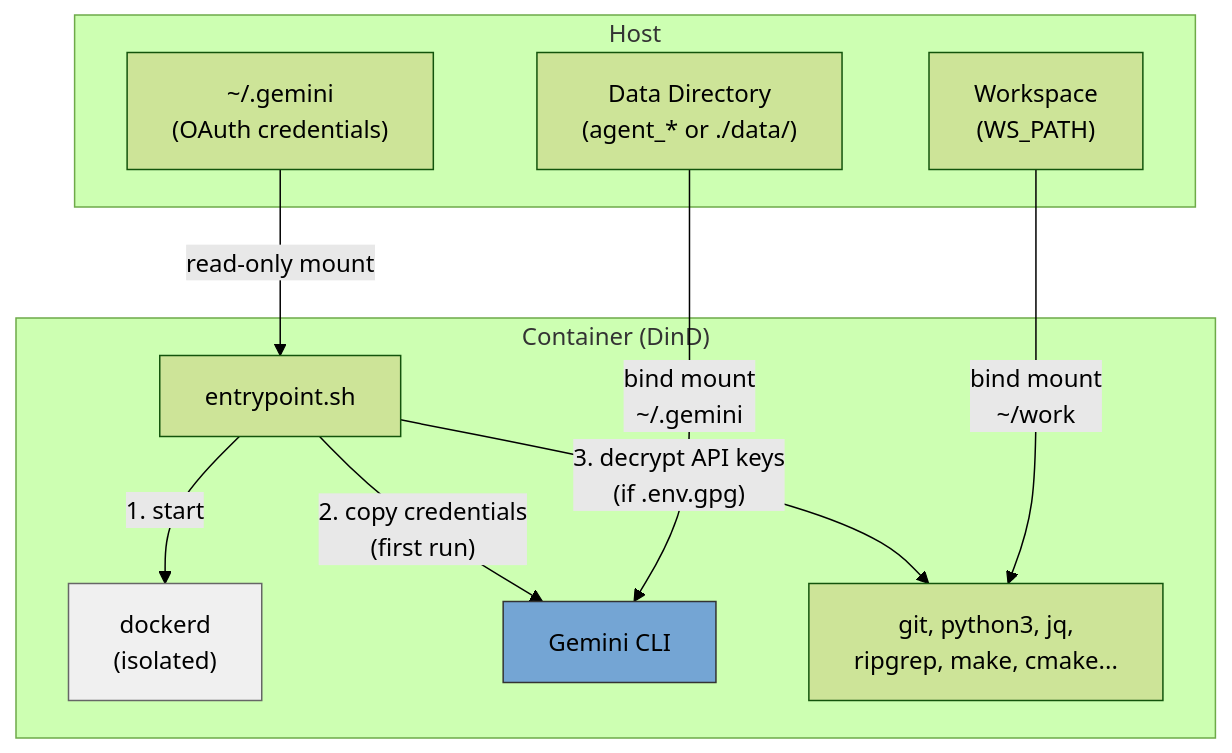
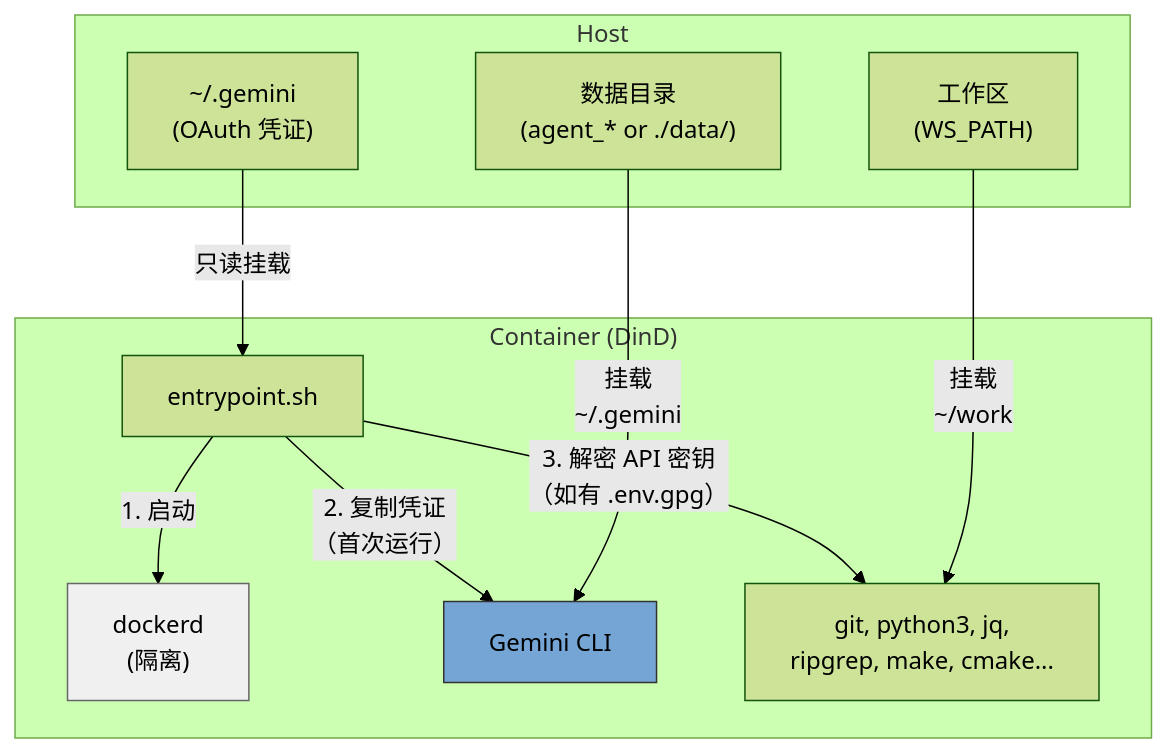
The first of 3 diagrams in doc/README.zh-CN.md (ycpss91255-docker/gemini_cli), drawn with Mermaid (forest theme) before and after one commit. The commit also changed other lines of this file and 2 other files, not shown here.

Commit message:
docs: keep 'smoke test' as proper noun in i18n
Do not translate 'smoke test' — it is a proper noun.

````diff
--- a/doc/README.zh-CN.md
+++ b/doc/README.zh-CN.md
@@ -42,26 +42,26 @@
 ```mermaid
 graph TB
     subgraph Host
-        H_OAuth["~/.gemini<br/>(OAuth credentials)"]
-        H_WS["Workspace<br/>(WS_PATH)"]
-        H_Data["Data Directory<br/>(agent_* or ./data/)"]
+        H_OAuth["~/.gemini<br/>(OAuth 凭证)"]
+        H_WS["工作区<br/>(WS_PATH)"]
+        H_Data["数据目录<br/>(agent_* or ./data/)"]
     end
 
     subgraph "Container (DinD)"
         EP["entrypoint.sh"]
-        DinD["dockerd<br/>(isolated)"]
+        DinD["dockerd<br/>(隔离)"]
         Gemini["Gemini CLI"]
         Tools["git, python3, jq,<br/>ripgrep, make, cmake..."]
 
-        EP -->|"1. start"| DinD
-        EP -->|"2. copy credentials<br/>(first run)"| Gemini
-        EP -->|"3. decrypt API keys<br/>(if .env.gpg)"| Tools
+        EP -->|"1. 启动"| DinD
+        EP -->|"2. 复制凭证<br/>（首次运行）"| Gemini
+        EP -->|"3. 解密 API 密钥<br/>（如有 .env.gpg）"| Tools
     end
 
-    H_OAuth -->|"read-only mount"| EP
-    H_WS -->|"bind mount<br/>~/work"| Tools
-    H_Data -->|"bind mount<br/>~/.gemini"| Gemini
+    H_OAuth -->|"只读挂载"| EP
+    H_WS -->|"挂载<br/>~/work"| Tools
+    H_Data -->|"挂载<br/>~/.gemini"| Gemini
 
     style DinD fill:#f0f0f0,stroke:#666
     style Gemini fill:#74a5d4,stroke:#333
 ```
````
